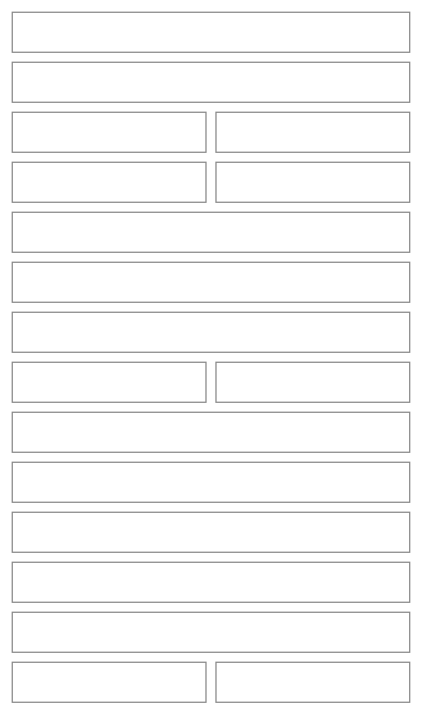
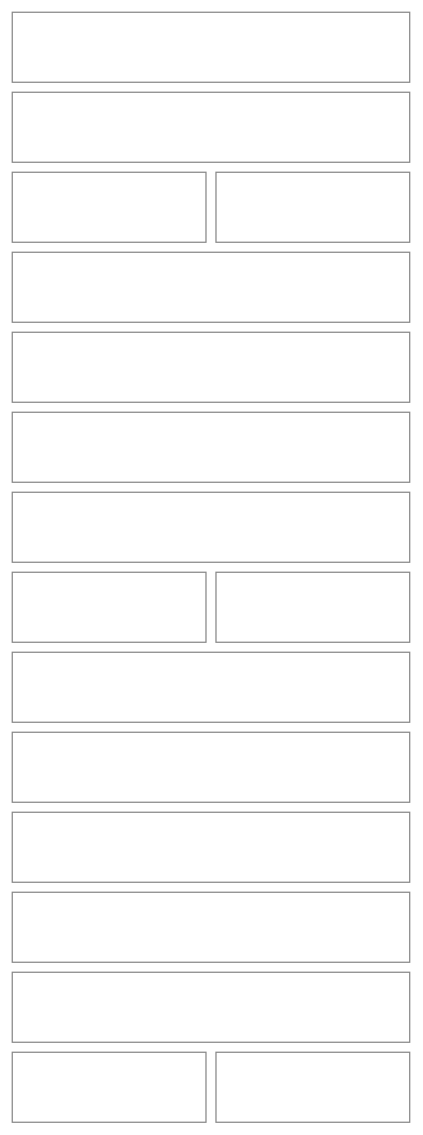
Diagram 14 of 31 in src/apps/pinch/UX.md (NovaMoonX/moondreams-dev-apps), drawn with Mermaid before and after one commit. The commit also changed other lines of this file and 21 other files, not shown here.

````diff
--- a/src/apps/pinch/UX.md
+++ b/src/apps/pinch/UX.md
@@ -434,41 +434,39 @@
 ```mermaid
 %%{init: {'theme': 'base', 'themeVariables': {'primaryColor': 'transparent', 'primaryBorderColor': '#888888', 'primaryTextColor': '#333333', 'lineColor': '#888888'}}}%%
 block-beta
   columns 2
   E1["‹ Adobo chicken"]:2
-  E2["Title"]:2
+  E2["Title<br/>Adobo chicken  ›"]:2
   E3["Servings"]:1
   E4["[ − 4 + ]"]:1
-  E5["Prep (min)"]:1
-  E6["Cook (min)"]:1
-  E7["Photo"]:2
-  E8["Description"]:2
+  E5["Prep and cook<br/>Prep 10 min · Cook 35 min  ›"]:2
+  E6["Photo"]:2
+  E7["Description<br/>Sticky, tangy chicken thighs…  ›"]:2
   E9["INGREDIENTS 6"]:2
   E10["Chicken thighs"]:1
   E11["2 lb"]:1
   E12["+ Add ingredient"]:2
   E13["STEPS"]:2
   E14["+ Add a step"]:2
   E15["NUTRITION · calculated, per serving   Edit"]:2
   E16["🔥 495 · 💪 61g · 🌾 3g · 🥑 25g"]:2
   E17["Cancel"]:1
   E18["Save"]:1
   style E1 fill:transparent,stroke:#888888,stroke-width:1px;
   style E2 fill:transparent,stroke:#888888,stroke-width:1px;
   style E3 fill:transparent,stroke:#888888,stroke-width:1px;
   style E4 fill:transparent,stroke:#888888,stroke-width:1px;
   style E5 fill:transparent,stroke:#888888,stroke-width:1px;
   style E6 fill:transparent,stroke:#888888,stroke-width:1px;
   style E7 fill:transparent,stroke:#888888,stroke-width:1px;
-  style E8 fill:transparent,stroke:#888888,stroke-width:1px;
   style E9 fill:transparent,stroke:#888888,stroke-width:1px;
   style E10 fill:transparent,stroke:#888888,stroke-width:1px;
   style E11 fill:transparent,stroke:#888888,stroke-width:1px;
   style E12 fill:transparent,stroke:#888888,stroke-width:1px;
   style E13 fill:transparent,stroke:#888888,stroke-width:1px;
   style E14 fill:transparent,stroke:#888888,stroke-width:1px;
   style E15 fill:transparent,stroke:#888888,stroke-width:1px;
   style E16 fill:transparent,stroke:#888888,stroke-width:1px;
   style E17 fill:transparent,stroke:#888888,stroke-width:1px;
   style E18 fill:transparent,stroke:#888888,stroke-width:1px;
 ```
````
